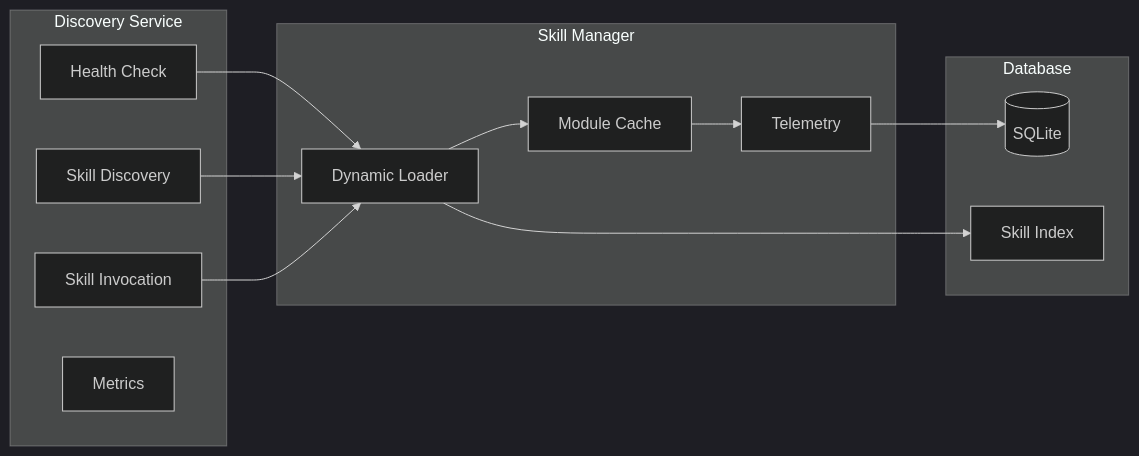
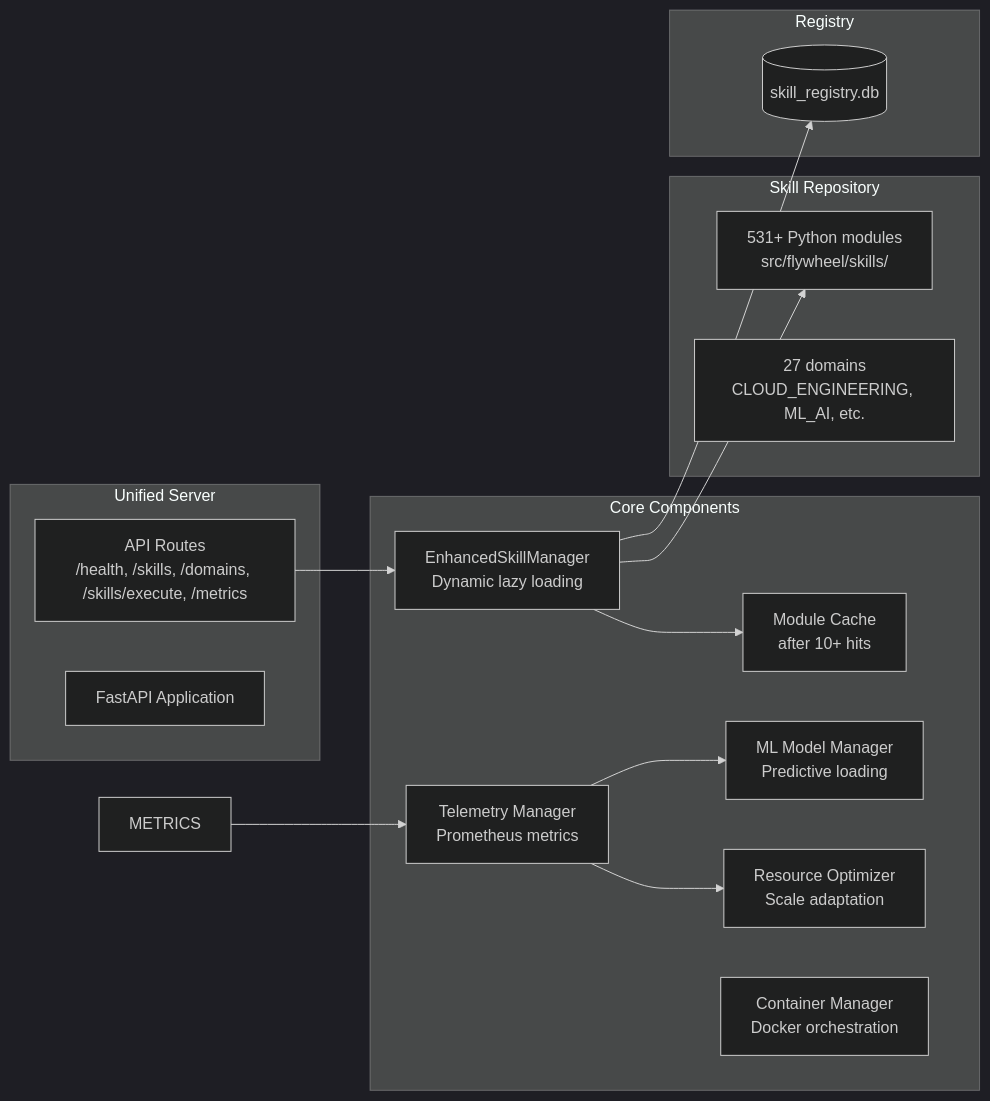
One commit to SpectreDeath/skill-flywheel changed the second of 2 diagrams in docs/ARCHITECTURE.md. Above: the diagram before and after it, drawn with Mermaid (dark theme). The commit also changed other lines of this file and 2 other files, not shown here.

First line of the commit message:
docs: update documentation to match current architecture

````diff
--- a/docs/ARCHITECTURE.md
+++ b/docs/ARCHITECTURE.md
@@ -56,28 +56,33 @@
 ```mermaid
 graph LR
-    subgraph "Discovery Service"
-        HEALTH[Health Check]
-        DISCOVER[Skill Discovery]
-        INVOKE[Skill Invocation]
-        METRICS[Metrics]
+    subgraph "Unified Server"
+        ROUTES[API Routes<br/>/health, /skills, /domains, /skills/execute, /metrics]
+        FASTAPI[FastAPI Application]
     end
-    
-    subgraph "Skill Manager"
-        LOADER[Dynamic Loader]
-        CACHE[Module Cache]
-        TELEMETRY[Telemetry]
+
+    subgraph "Core Components"
+        SKILL_MGR[EnhancedSkillManager<br/>Dynamic lazy loading]
+        CACHE[Module Cache<br/>after 10+ hits]
+        TELEMETRY[Telemetry Manager<br/>Prometheus metrics]
+        ML[ML Model Manager<br/>Predictive loading]
+        RESOURCE[Resource Optimizer<br/>Scale adaptation]
+        CONTAINER[Container Manager<br/>Docker orchestration]
     end
-    
-    subgraph "Database"
-        DB[(SQLite)]
-        INDEX[Skill Index]
+
+    subgraph "Skill Repository"
+        PY[531+ Python modules<br/>src/flywheel/skills/]
+        DOMAINS[27 domains<br/>CLOUD_ENGINEERING, ML_AI, etc.]
     end
-    
-    HEALTH --> LOADER
-    DISCOVER --> LOADER
-    INVOKE --> LOADER
-    LOADER --> CACHE
-    CACHE --> TELEMETRY
-    TELEMETRY --> DB
-    LOADER --> INDEX
+
+    subgraph "Registry"
+        DB[(skill_registry.db)]
+    end
+
+    ROUTES --> SKILL_MGR
+    SKILL_MGR --> CACHE
+    SKILL_MGR --> PY
+    SKILL_MGR --> DB
+    METRICS --> TELEMETRY
+    TELEMETRY --> ML
+    TELEMETRY --> RESOURCE
 ```
````
